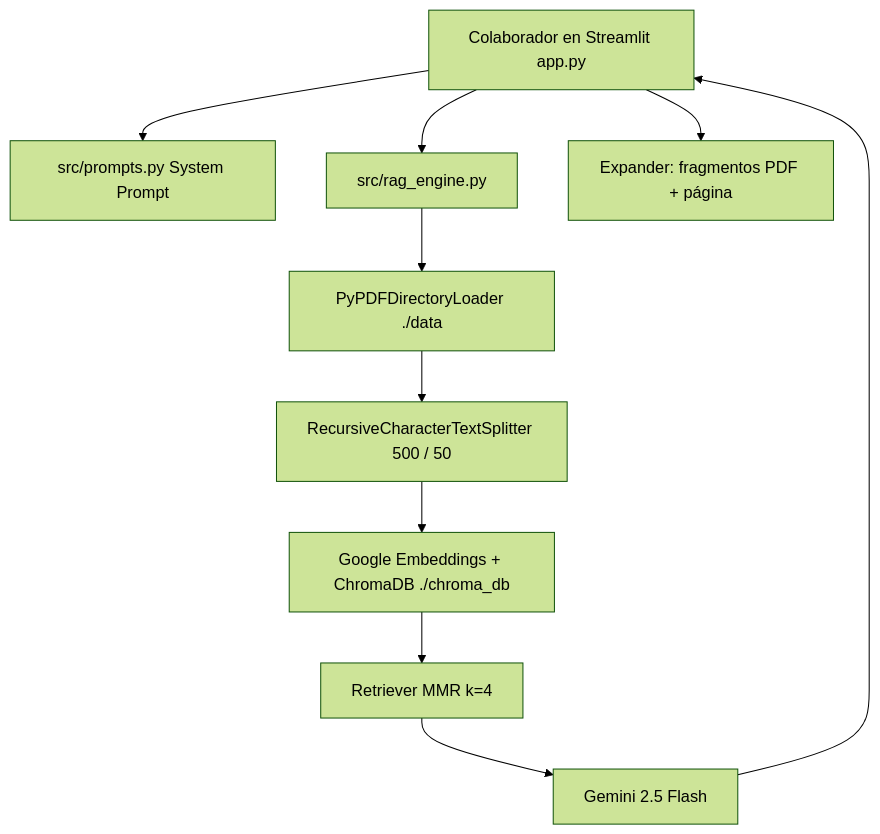
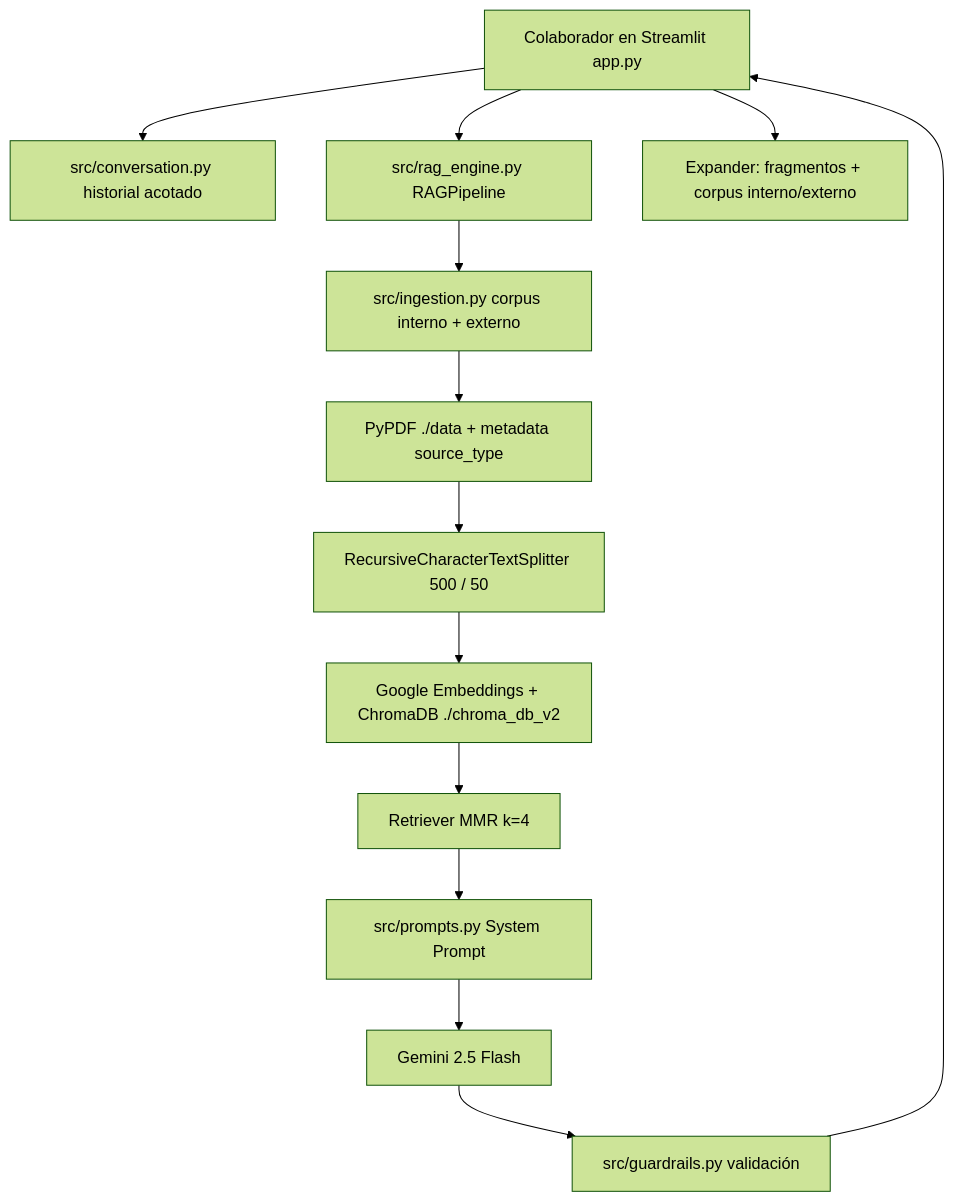
Before and after one commit to DeboradorDeMundos/integraservicios-rrhh: the diagram in README.md, drawn with Mermaid (forest theme). The commit also changed other lines of this file and 13 other files, not shown here.

````diff
--- a/README.md
+++ b/README.md
@@ -33,12 +33,15 @@
 ```mermaid
 flowchart TD
-    A[Colaborador en Streamlit app.py] --> B[src/prompts.py System Prompt]
-    A --> C[src/rag_engine.py]
-    C --> D[PyPDFDirectoryLoader ./data]
-    D --> E[RecursiveCharacterTextSplitter 500 / 50]
-    E --> F[Google Embeddings + ChromaDB ./chroma_db]
-    F --> G[Retriever MMR k=4]
-    G --> H[Gemini 2.5 Flash]
-    H --> A
-    A --> I[Expander: fragmentos PDF + página]
+    A[Colaborador en Streamlit app.py] --> B[src/conversation.py historial acotado]
+    A --> C[src/rag_engine.py RAGPipeline]
+    C --> D[src/ingestion.py corpus interno + externo]
+    D --> E[PyPDF ./data + metadata source_type]
+    E --> F[RecursiveCharacterTextSplitter 500 / 50]
+    F --> G[Google Embeddings + ChromaDB ./chroma_db_v2]
+    G --> H[Retriever MMR k=4]
+    H --> I[src/prompts.py System Prompt]
+    I --> J[Gemini 2.5 Flash]
+    J --> K[src/guardrails.py validación]
+    K --> A
+    A --> L[Expander: fragmentos + corpus interno/externo]
 ```
````
